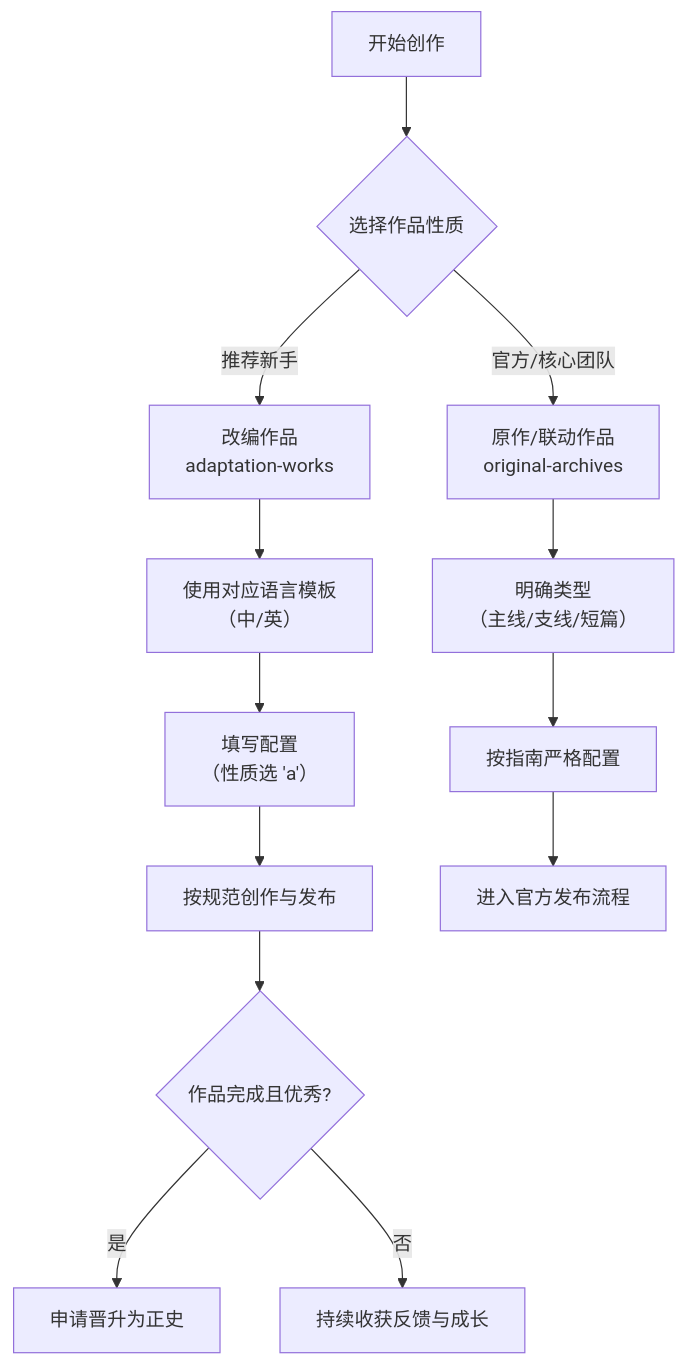
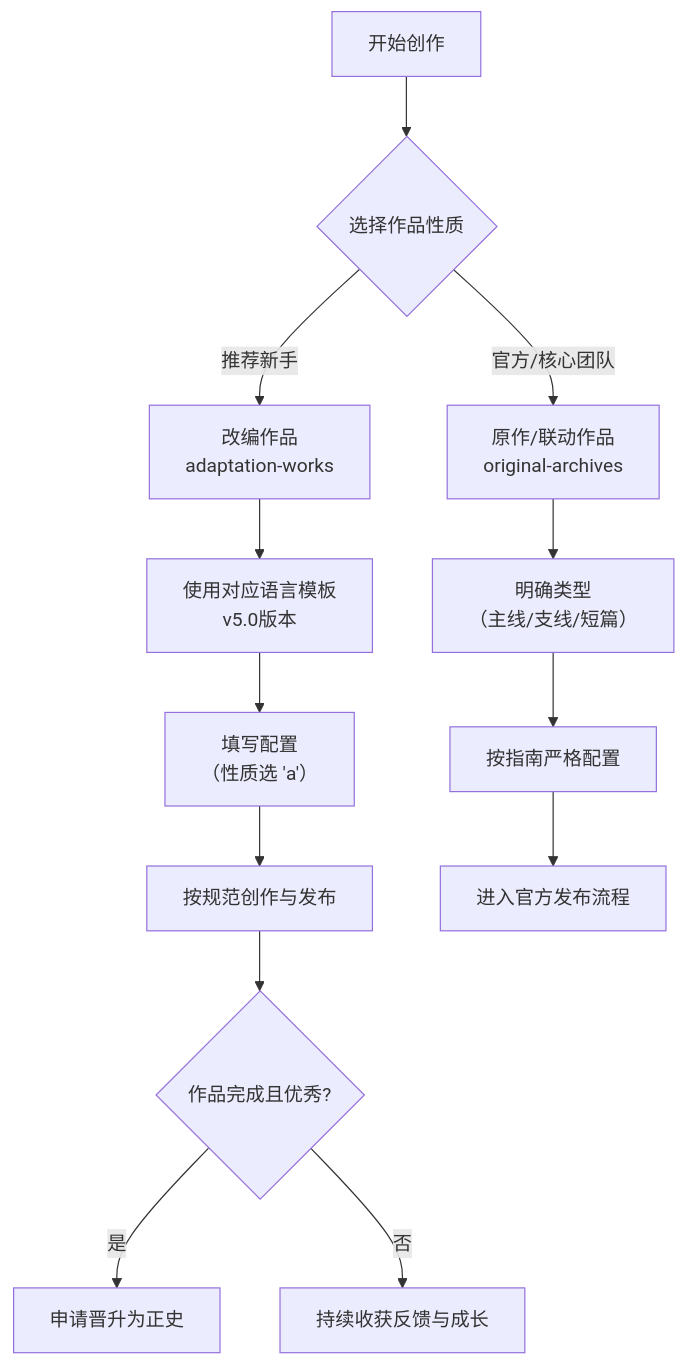
Before and after one commit to memeticsingularity/beastkin-shield-universe: the first of 2 diagrams in docs/universal-story-template-guide-chinese.md, drawn with Mermaid. The commit also changed other lines of this file and 8 other files, not shown here.

````diff
--- a/docs/universal-story-template-guide-chinese.md
+++ b/docs/universal-story-template-guide-chinese.md
@@ -31,17 +30,17 @@
 ```mermaid
 flowchart TD
     A[开始创作] --> B{选择作品性质};
     B -- 推荐新手 --> C[改编作品<br>adaptation-works];
     B -- 官方/核心团队 --> D[原作/联动作品<br>original-archives];
     
-    C --> E[使用对应语言模板<br>（中/英）];
+    C --> E[使用对应语言模板<br>v5.0版本];
     E --> F[填写配置<br>（性质选 'a'）];
     F --> G[按规范创作与发布];
     G --> H{作品完成且优秀?};
     H -- 是 --> I[申请晋升为正史];
     H -- 否 --> J[持续收获反馈与成长];
     
     D --> K[明确类型<br>（主线/支线/短篇）];
     K --> L[按指南严格配置];
     L --> M[进入官方发布流程];
 ```
````
